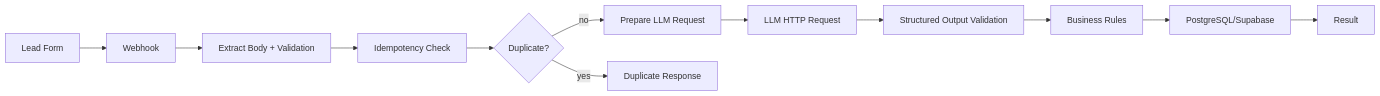
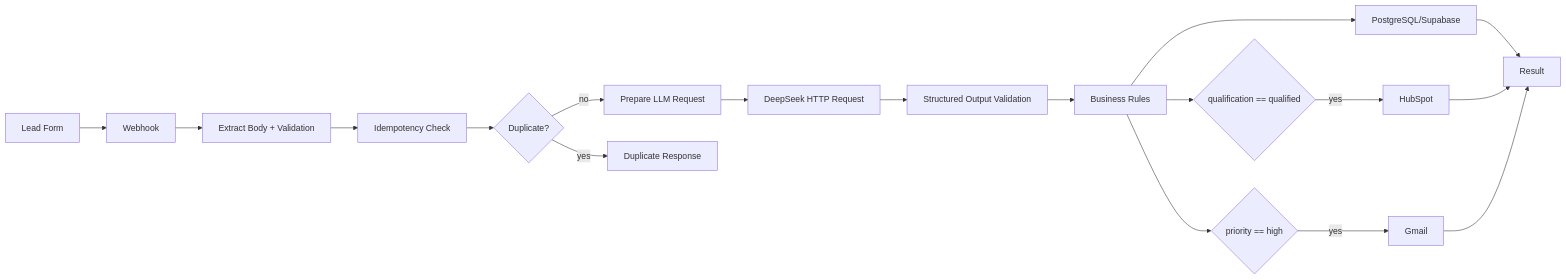
Before and after one commit to paulohenrique-dev-br/ai-lead-qualification-automation: the diagram in docs/ARCHITECTURE.md, drawn with Mermaid. The commit also changed other lines of this file and 11 other files, not shown here.

````diff
--- a/docs/ARCHITECTURE.md
+++ b/docs/ARCHITECTURE.md
@@ -7,14 +7,20 @@
 ```mermaid
 flowchart LR
     A[Lead Form] --> B[Webhook]
     B --> C[Extract Body + Validation]
     C --> D[Idempotency Check]
     D --> E{Duplicate?}
     E -- no --> F[Prepare LLM Request]
-    F --> G[LLM HTTP Request]
+    F --> G[DeepSeek HTTP Request]
     G --> H[Structured Output Validation]
     H --> I[Business Rules]
     I --> J[PostgreSQL/Supabase]
-    J --> K[Result]
-    E -- yes --> L[Duplicate Response]
+    I --> K{qualification == qualified}
+    K -- yes --> L[HubSpot]
+    I --> M{priority == high}
+    M -- yes --> N[Gmail]
+    J --> O[Result]
+    L --> O
+    N --> O
+    E -- yes --> P[Duplicate Response]
 ```
````
